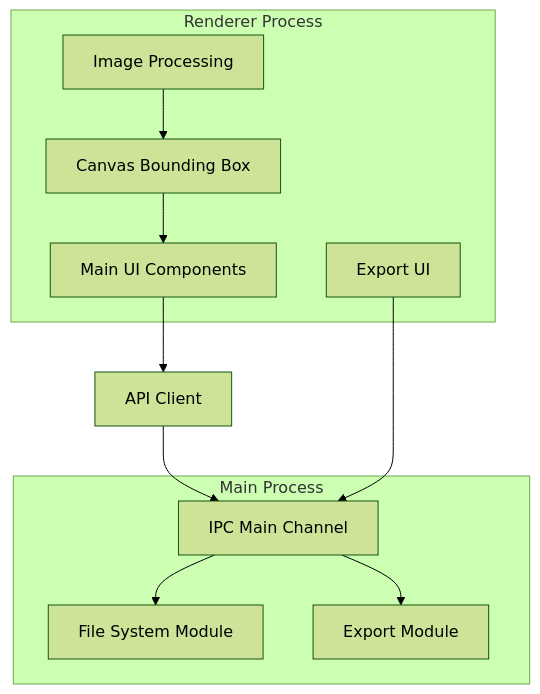
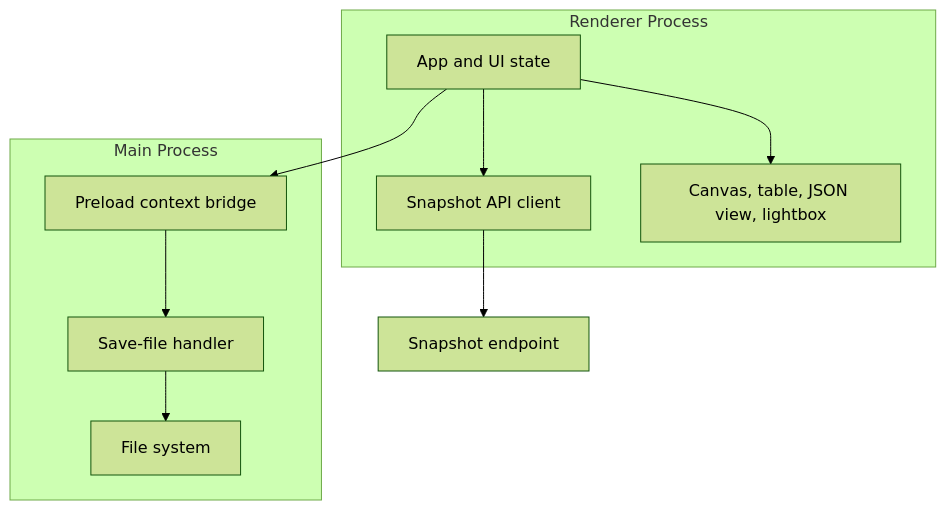
One commit to 71walceli/platerec-tools-electron changed the first of 4 diagrams in plans/plan.md. Above: the diagram before and after it, drawn with Mermaid (forest theme). The commit also changed other lines of this file and 8 other files, not shown here.

First line of the commit message:
feat(app): add keyboard shortcuts, lightbox navigation, and vehicle mode support

````diff
--- a/plans/plan.md
+++ b/plans/plan.md
@@ -201,23 +216,21 @@
 ```mermaid
 graph TB
-    subgraph Main Process
-        IPC[IPC Main Channel]
-        FS[File System Module]
-        EXP[Export Module]
+    subgraph Renderer Process
+        APP[App and UI state]
+        API[Snapshot API client]
+        VIEW[Canvas, table, JSON view, lightbox]
     end
 
-    subgraph Renderer Process
-        UI[Main UI Components]
-        IMG[Image Processing]
-        BB[Canvas Bounding Box]
-        EXP_UI[Export UI]
+    subgraph Main Process
+        PRELOAD[Preload context bridge]
+        SAVE[Save-file handler]
+        FS[File system]
     end
 
-    API[API Client] --> IPC
-    UI --> API
-    IMG --> BB
-    BB --> UI
-    EXP_UI --> IPC
-    IPC --> FS
-    IPC --> EXP
+    APP --> API
+    API --> SNAPSHOT[Snapshot endpoint]
+    APP --> VIEW
+    APP --> PRELOAD
+    PRELOAD --> SAVE
+    SAVE --> FS
 ```
````
